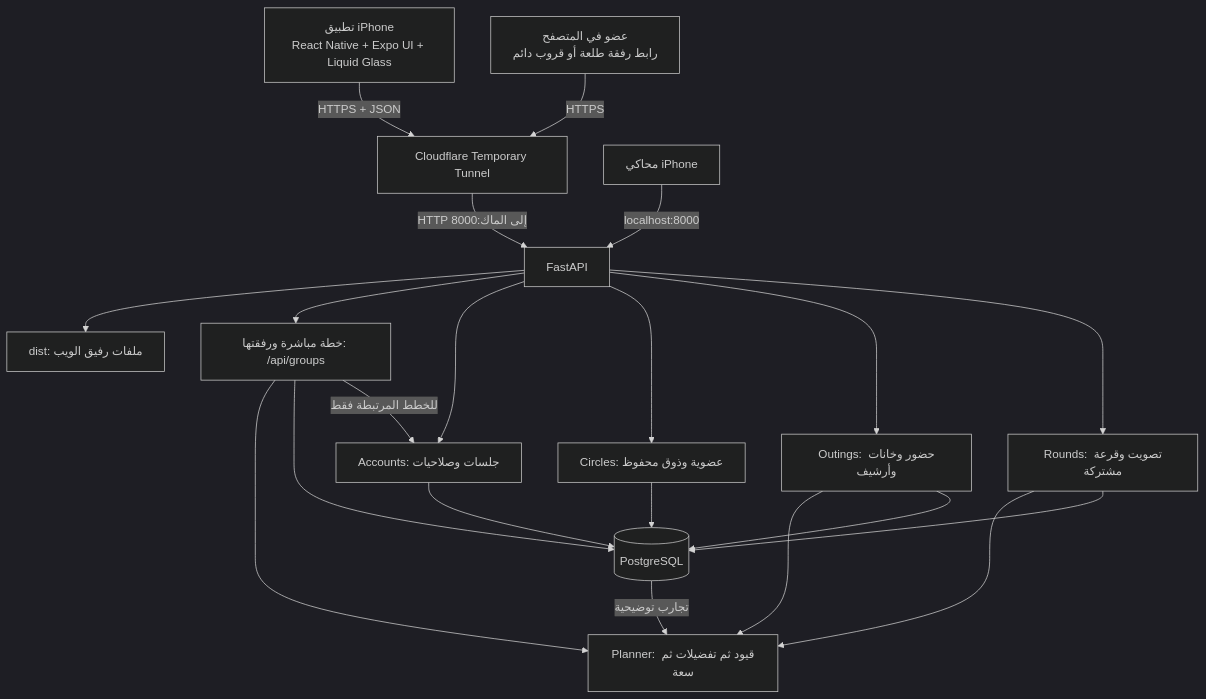
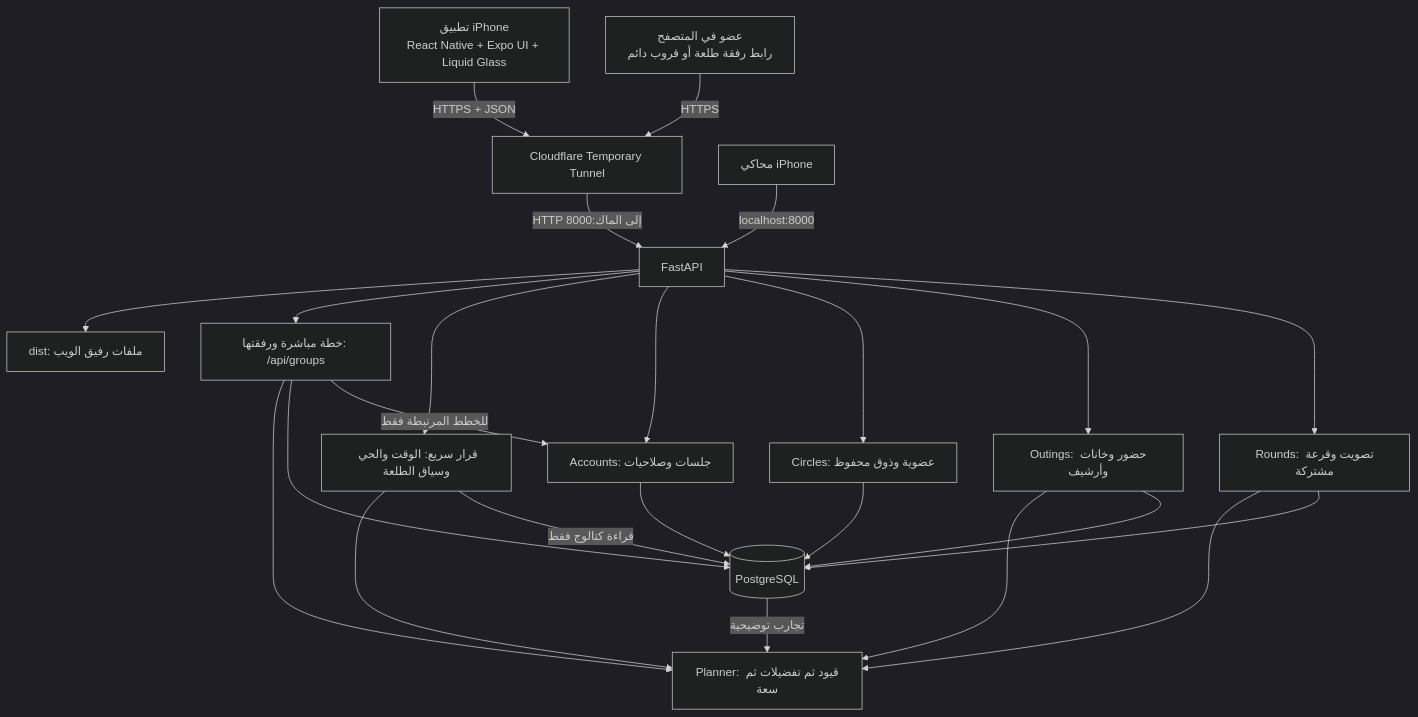
Before and after one commit to shathaaa1110-arch/hatim-app: the first of 4 diagrams in docs/architecture-python-postgres.ar.md, drawn with Mermaid (dark theme). The commit also changed other lines of this file and 45 other files, not shown here.

````diff
--- a/docs/architecture-python-postgres.ar.md
+++ b/docs/architecture-python-postgres.ar.md
@@ -17,23 +17,26 @@
 ```mermaid
 flowchart TB
     I[تطبيق iPhone<br/>React Native + Expo UI + Liquid Glass] -->|HTTPS + JSON| T[Cloudflare Temporary Tunnel]
     W[عضو في المتصفح<br/>رابط رفقة طلعة أو قروب دائم] -->|HTTPS| T
     S[محاكي iPhone] -->|localhost:8000| A[FastAPI]
     T -->|HTTP إلى الماك:8000| A
     A --> F[dist: ملفات رفيق الويب]
     A --> Q[خطة مباشرة ورفقتها: /api/groups]
+    A --> Quick[قرار سريع: الوقت والحي وسياق الطلعة]
+    Quick --> P
+    Quick -->|قراءة كتالوج فقط| DB
     Q --> P
     Q --> DB
     Q -->|للخطط المرتبطة فقط| AU
     A --> AU[Accounts: جلسات وصلاحيات]
     A --> G[Circles: عضوية وذوق محفوظ]
     A --> O[Outings: حضور وخانات وأرشيف]
     A --> R[Rounds: تصويت وقرعة مشتركة]
     O --> P[Planner: قيود ثم تفضيلات ثم سعة]
     R --> P
     AU --> DB[(PostgreSQL)]
     G --> DB
     O --> DB
     R --> DB
     DB -->|تجارب توضيحية| P
 ```
````
